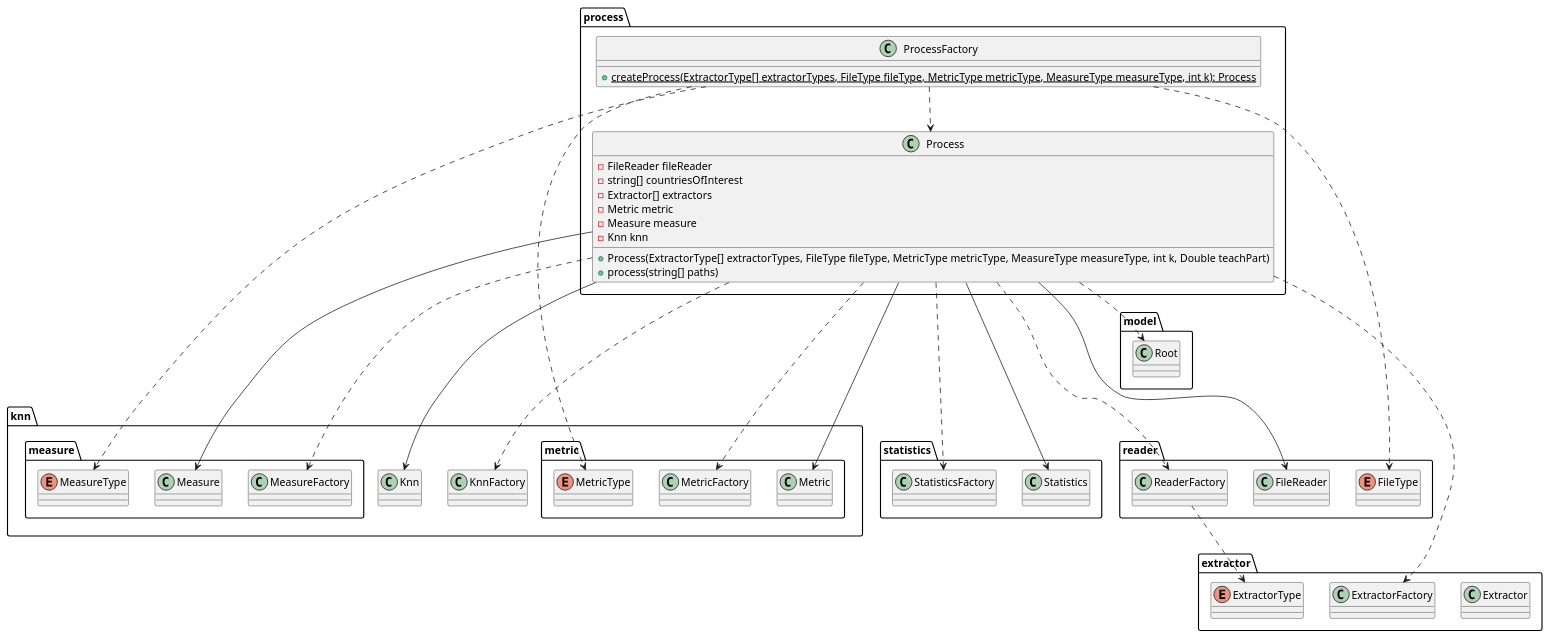
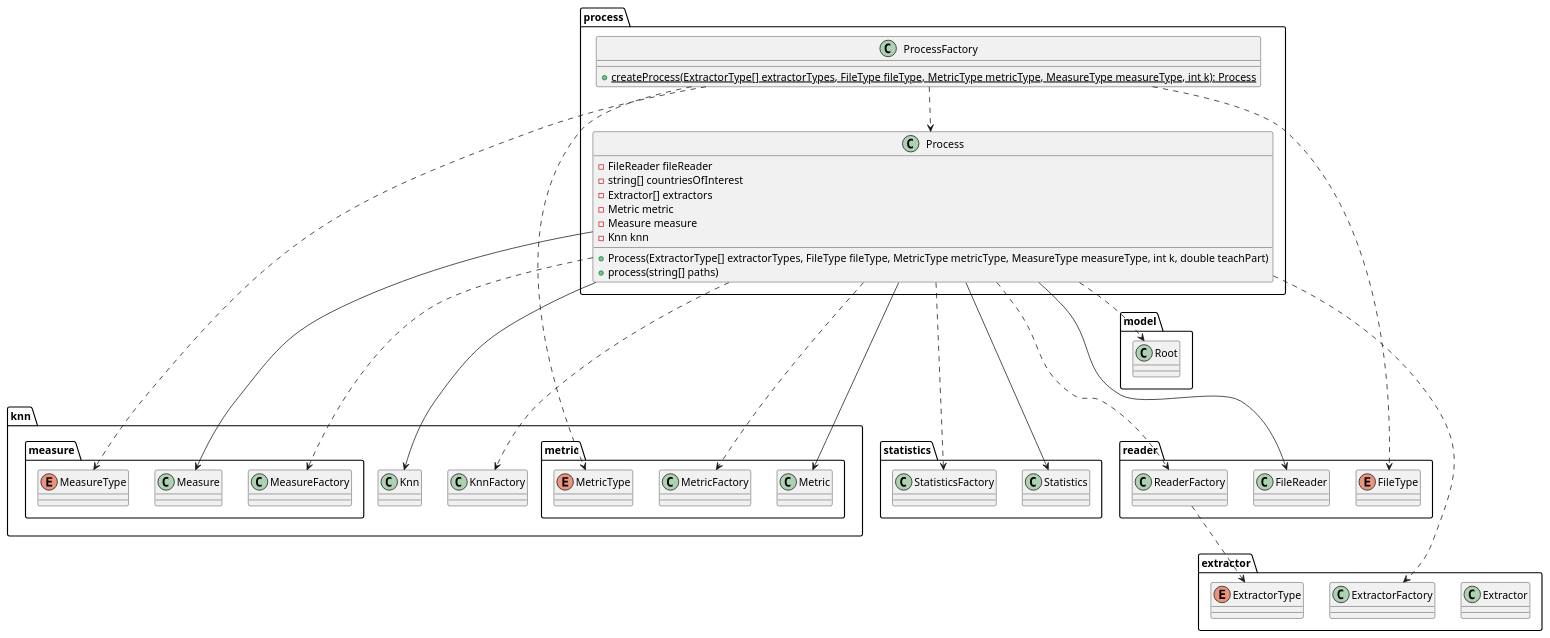
The ninth of 10 diagrams in README.md (kambed/Computer-Recognition-Systems), drawn with PlantUML before and after one commit. The commit also changed other lines of this file, not shown here.

Commit message:
Replace Double with double

````diff
--- a/README.md
+++ b/README.md
@@ -347,65 +347,65 @@
 ```plantuml
 package process {
     class Process {
         - FileReader fileReader
         - string[] countriesOfInterest
         - Extractor[] extractors
         - Metric metric
         - Measure measure
         - Knn knn
-        + Process(ExtractorType[] extractorTypes, FileType fileType, MetricType metricType, MeasureType measureType, int k, Double teachPart)
+        + Process(ExtractorType[] extractorTypes, FileType fileType, MetricType metricType, MeasureType measureType, int k, double teachPart)
         + process(string[] paths)
     }
     class ProcessFactory {
         + {static} createProcess(ExtractorType[] extractorTypes, FileType fileType, MetricType metricType, MeasureType measureType, int k): Process
     }
 }
 package reader {
     class FileReader
     class ReaderFactory
     enum FileType
 }
 package extractor {
     class Extractor
     class ExtractorFactory
     enum ExtractorType
 }
 package knn {
     class Knn
     class KnnFactory
     package metric {
         class Metric
         class MetricFactory
         enum MetricType
     }
     package measure {
         class Measure
         class MeasureFactory
         enum MeasureType
     }
 }
 package model {
     class Root
 }
 package statistics {
     class Statistics
     class StatisticsFactory
 }
 Process ...> ReaderFactory
 Process ...> ExtractorFactory
 Process ...> MetricFactory
 Process ...> MeasureFactory
 Process ...> KnnFactory
 Process ...> StatisticsFactory
 Process --> FileReader
 Process --> Metric
 Process --> Measure
 Process --> Statistics
 Process --> Knn
 Process ..> Root
 ProcessFactory ..> Process
 ProcessFactory ..> FileType
 ProcessFactory ..> MetricType
 ProcessFactory ..> MeasureType
 ReaderFactory ..> ExtractorType
 ```
````
